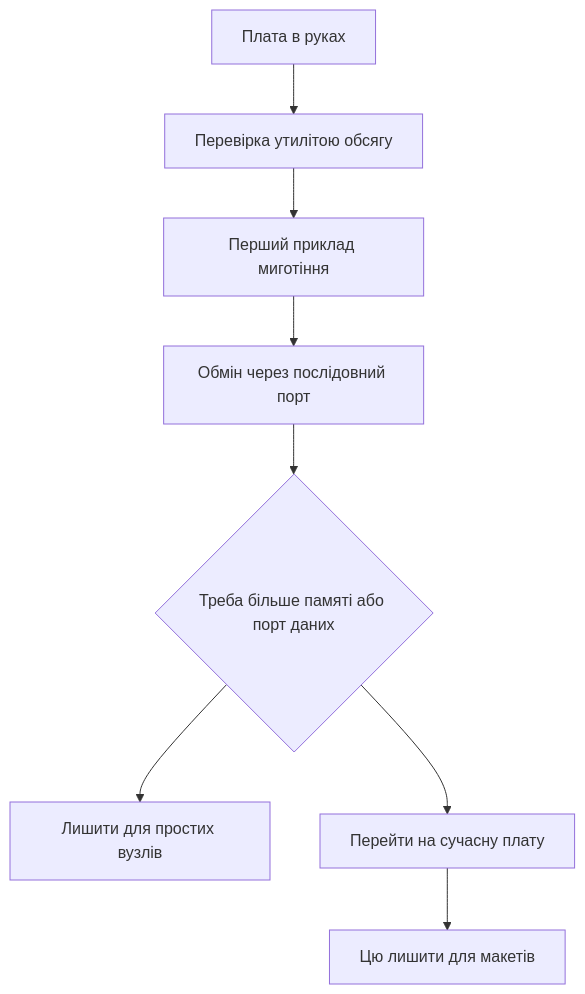
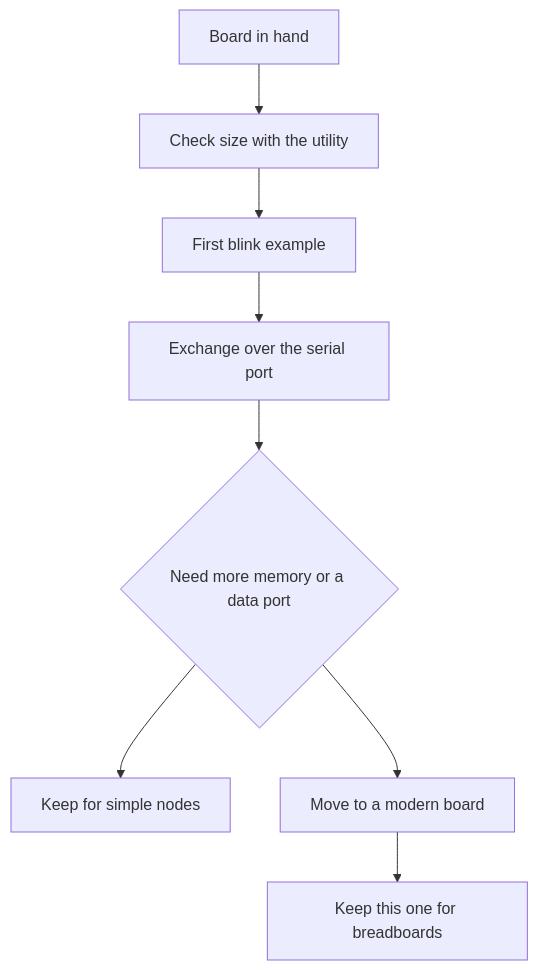
The diagram in obsidian_vault/STM32-Reference/EN/14-Devboards/01-Blue-Pill.en.md (ksalab/embedded-reference), drawn with Mermaid before and after one commit. The commit also changed other lines of this file and 76 other files, not shown here.

````diff
--- a/obsidian_vault/STM32-Reference/EN/14-Devboards/01-Blue-Pill.en.md
+++ b/obsidian_vault/STM32-Reference/EN/14-Devboards/01-Blue-Pill.en.md
@@ -177,11 +177,11 @@
 ```mermaid
 flowchart TB
-    Start[Плата в руках]
-    Start --> Check[Перевірка утилітою обсягу]
-    Check --> Blink[Перший приклад миготіння]
-    Blink --> Uart[Обмін через послідовний порт]
-    Uart --> Limit{Треба більше памяті або порт даних}
-    Limit --> Stay[Лишити для простих вузлів]
-    Limit --> Next[Перейти на сучасну плату]
-    Next --> Keep[Цю лишити для макетів]
+    Start[Board in hand]
+    Start --> Check[Check size with the utility]
+    Check --> Blink[First blink example]
+    Blink --> Uart[Exchange over the serial port]
+    Uart --> Limit{Need more memory or a data port}
+    Limit --> Stay[Keep for simple nodes]
+    Limit --> Next[Move to a modern board]
+    Next --> Keep[Keep this one for breadboards]
 ```
````
